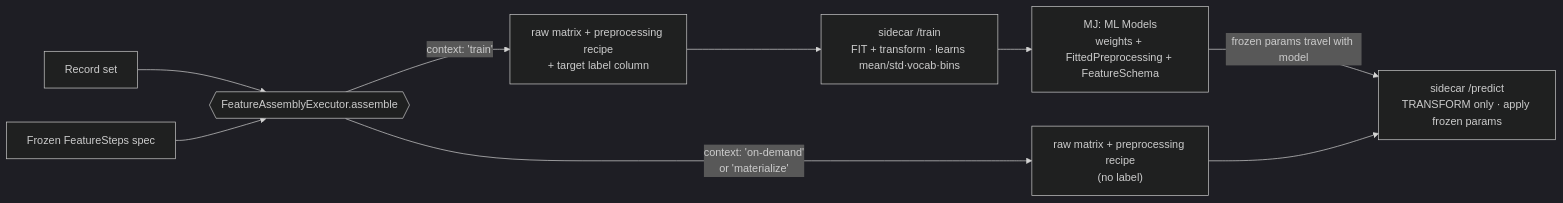
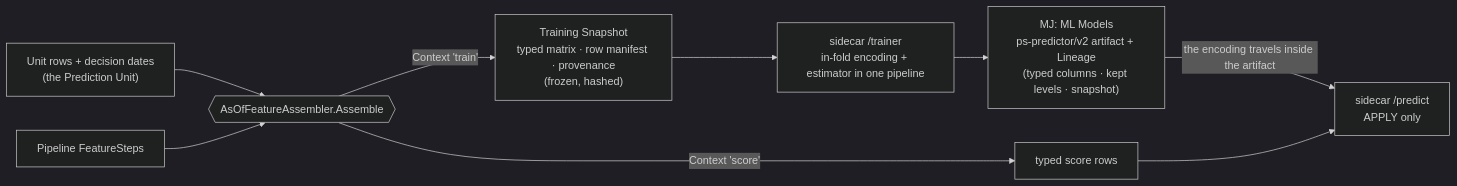
Before and after one commit to MemberJunction/MJ: the third of 15 diagrams in guides/PREDICTIVE_STUDIO_GUIDE.md, drawn with Mermaid (dark theme). The commit also changed other lines of this file and 4 other files, not shown here.

First line of the commit message:
docs(ps): PR 3 M11.5 — guide and PS READMEs describe the unit/protocol training path, the stored gate decision, the outcome copy and the migration Action

````diff
--- a/guides/PREDICTIVE_STUDIO_GUIDE.md
+++ b/guides/PREDICTIVE_STUDIO_GUIDE.md
@@ -244,11 +255,11 @@
 ```mermaid
 flowchart LR
-    RS[Record set] --> FA{{FeatureAssemblyExecutor.assemble}}
-    SPEC[Frozen FeatureSteps spec] --> FA
-    FA -->|context: 'train'| TR1["raw matrix + preprocessing recipe<br/>+ target label column"]
-    FA -->|"context: 'on-demand'<br/>or 'materialize'"| TR2["raw matrix + preprocessing recipe<br/>(no label)"]
-    TR1 --> ST["sidecar /train<br/>FIT + transform · learns mean/std·vocab·bins"]
-    ST --> MODEL["MJ: ML Models<br/>weights + FittedPreprocessing + FeatureSchema"]
-    MODEL -->|frozen params travel with model| SP
-    TR2 --> SP["sidecar /predict<br/>TRANSFORM only · apply frozen params"]
+    UR["Unit rows + decision dates<br/>(the Prediction Unit)"] --> AA{{AsOfFeatureAssembler.Assemble}}
+    SPEC[Pipeline FeatureSteps] --> AA
+    AA -->|"Context 'train'"| SNAP["Training Snapshot<br/>typed matrix · row manifest · provenance<br/>(frozen, hashed)"]
+    SNAP --> TR["sidecar /trainer<br/>in-fold encoding + estimator in one pipeline"]
+    TR --> MODEL["MJ: ML Models<br/>ps-predictor/v2 artifact + Lineage<br/>(typed columns · kept levels · snapshot)"]
+    MODEL -->|"the encoding travels inside the artifact"| SP
+    AA -->|"Context 'score'"| SR["typed score rows"]
+    SR --> SP["sidecar /predict<br/>APPLY only"]
 ```
````
